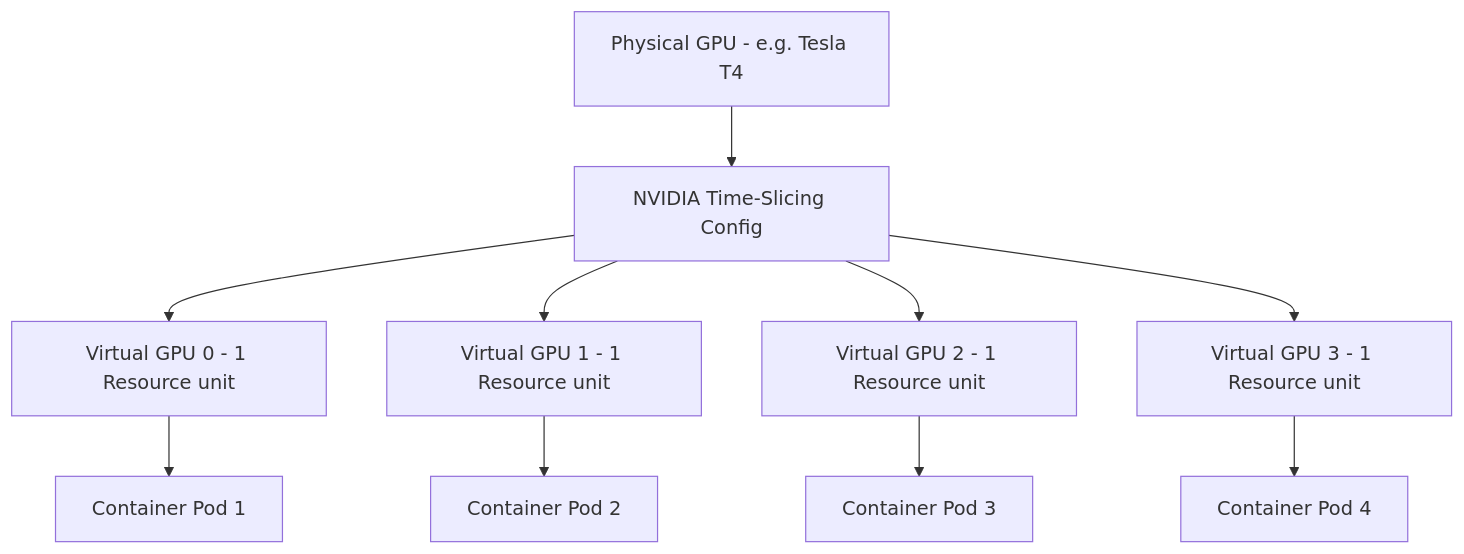
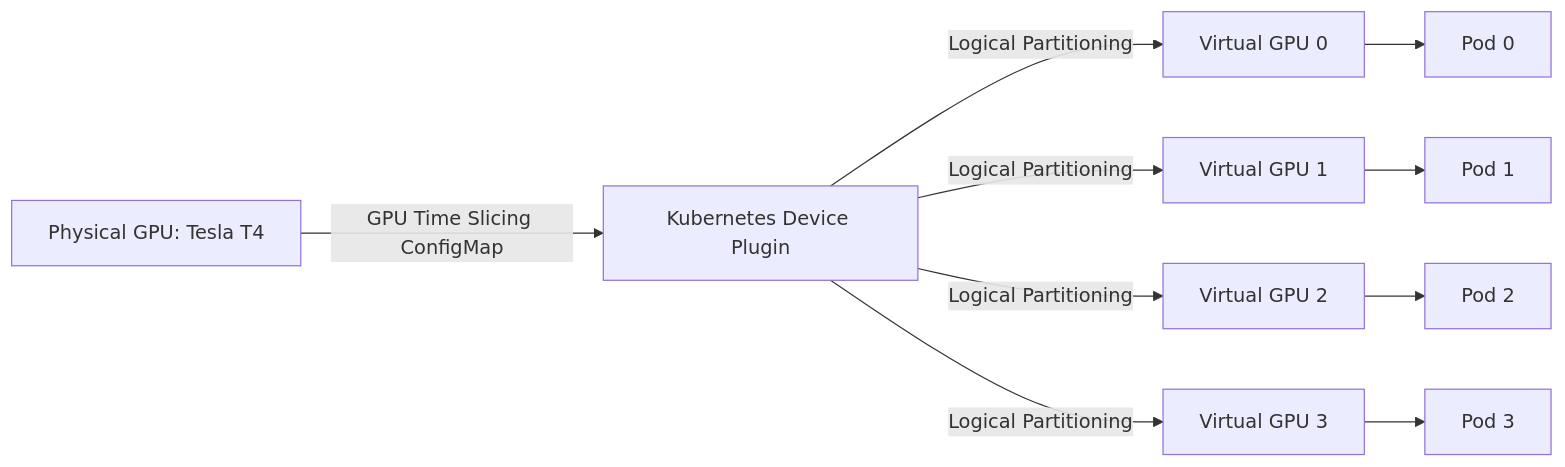
Before and after one commit to ok-karthik/ai-infrastructure-on-eks: the diagram in docs/labs/04-time-slicing.md, drawn with Mermaid. The commit also changed other lines of this file and 17 other files, not shown here.

````diff
--- a/docs/labs/04-time-slicing.md
+++ b/docs/labs/04-time-slicing.md
@@ -10,23 +10,12 @@
 ```mermaid
-graph TD
-    Sub[Physical GPU - e.g. Tesla T4]
-    TS[NVIDIA Time-Slicing Config]
-    V1[Virtual GPU 0 - 1 Resource unit]
-    V2[Virtual GPU 1 - 1 Resource unit]
-    V3[Virtual GPU 2 - 1 Resource unit]
-    V4[Virtual GPU 3 - 1 Resource unit]
-    P1[Container Pod 1]
-    P2[Container Pod 2]
-    P3[Container Pod 3]
-    P4[Container Pod 4]
-
-    Sub --> TS
-    TS --> V1
-    TS --> V2
-    TS --> V3
-    TS --> V4
-    V1 --> P1
-    V2 --> P2
-    V3 --> P3
-    V4 --> P4
+flowchart LR
+    Physical[Physical GPU: Tesla T4] -->|GPU Time Slicing ConfigMap| Plugin[Kubernetes Device Plugin]
+    Plugin -->|Logical Partitioning| V0[Virtual GPU 0]
+    Plugin -->|Logical Partitioning| V1[Virtual GPU 1]
+    Plugin -->|Logical Partitioning| V2[Virtual GPU 2]
+    Plugin -->|Logical Partitioning| V3[Virtual GPU 3]
+    V0 --> Pod0[Pod 0]
+    V1 --> Pod1[Pod 1]
+    V2 --> Pod2[Pod 2]
+    V3 --> Pod3[Pod 3]
 ```
````
